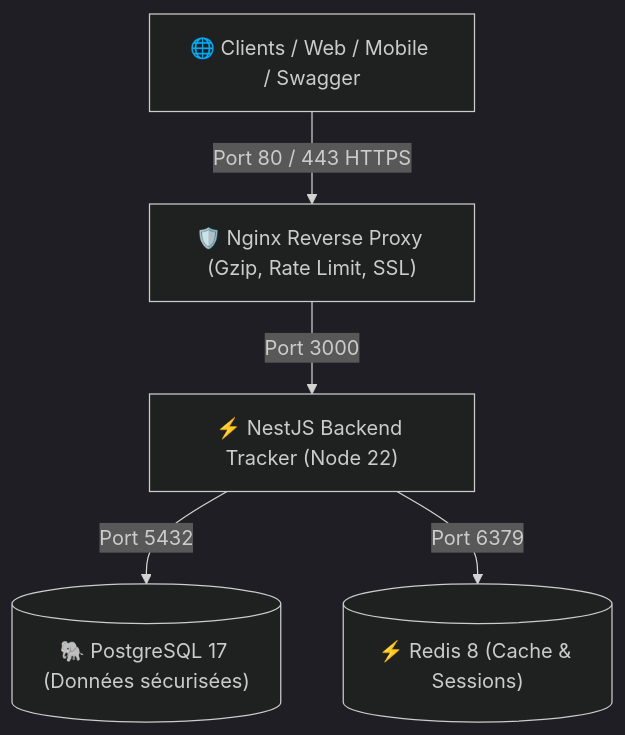
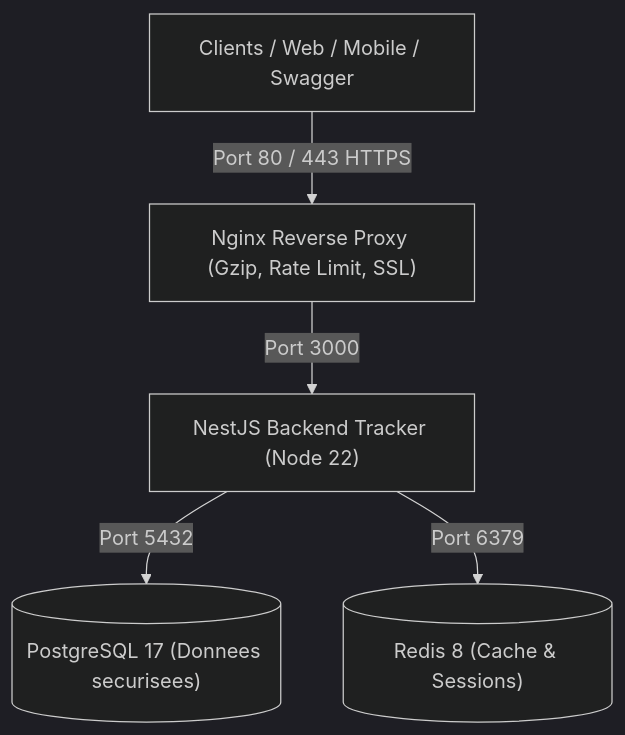
One commit to Stars-Investment-Group/backend_tracker changed the diagram in DEPLOYMENT.md. Above: the diagram before and after it, drawn with Mermaid (dark theme). The commit also changed other lines of this file and 5 other files, not shown here.

````diff
--- a/DEPLOYMENT.md
+++ b/DEPLOYMENT.md
@@ -9,7 +9,7 @@
 ```mermaid
 graph TD
-    Client["🌐 Clients / Web / Mobile / Swagger"] -->|Port 80 / 443 HTTPS| Nginx["🛡️ Nginx Reverse Proxy (Gzip, Rate Limit, SSL)"]
-    Nginx -->|Port 3000| Backend["⚡ NestJS Backend Tracker (Node 22)"]
-    Backend -->|Port 5432| Postgres[("🐘 PostgreSQL 17 (Données sécurisées)")]
-    Backend -->|Port 6379| Redis[("⚡ Redis 8 (Cache & Sessions)")]
+    Client["Clients / Web / Mobile / Swagger"] -->|Port 80 / 443 HTTPS| Nginx["Nginx Reverse Proxy (Gzip, Rate Limit, SSL)"]
+    Nginx -->|Port 3000| Backend["NestJS Backend Tracker (Node 22)"]
+    Backend -->|Port 5432| Postgres[("PostgreSQL 17 (Donnees securisees)")]
+    Backend -->|Port 6379| Redis[("Redis 8 (Cache & Sessions)")]
 ```
````
